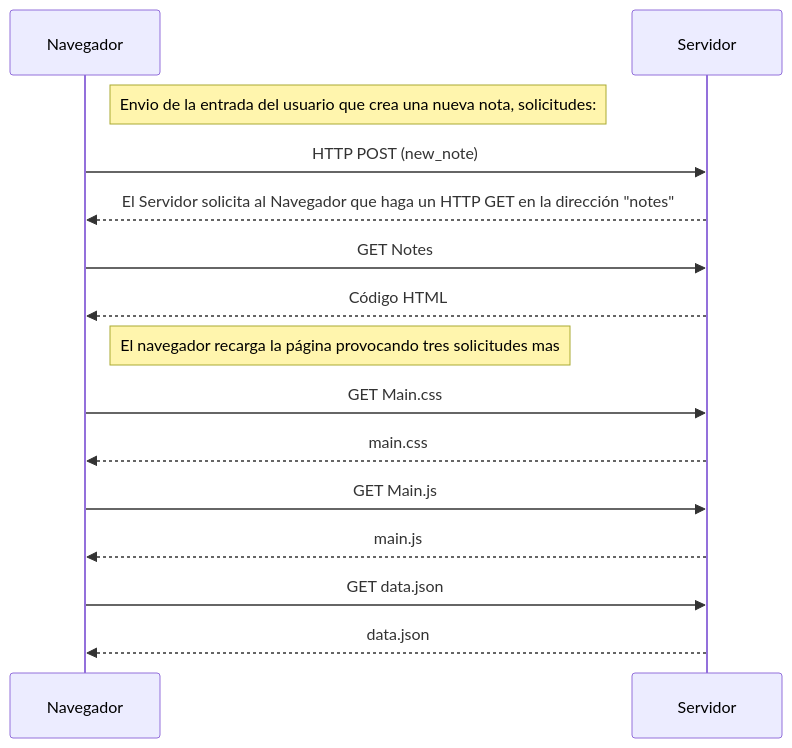
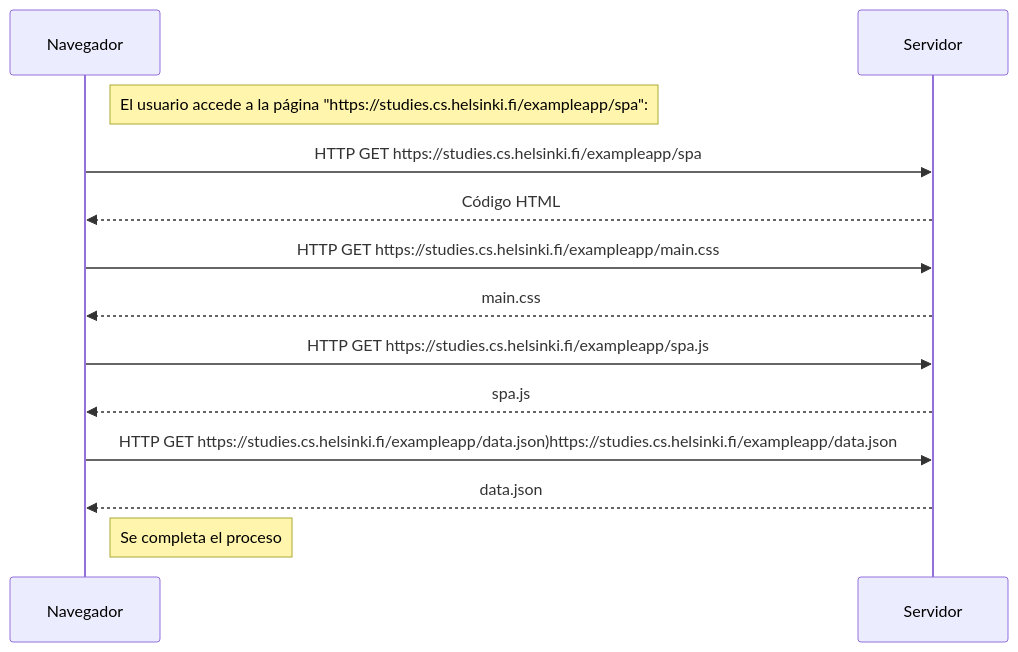
The diagram in Part-0/05-Diagrama-app-una-sola-pagina.md (estebanrcr/FullStackOpen), drawn with Mermaid before and after one commit.

````diff
--- a/Part-0/05-Diagrama-app-una-sola-pagina.md
+++ b/Part-0/05-Diagrama-app-una-sola-pagina.md
@@ -1,21 +1,18 @@
 ```mermaid
 sequenceDiagram
 Participant Navegador
 Participant Servidor
 
-Note right of Navegador: Envio de la entrada del usuario que crea una nueva nota, solicitudes:
-Navegador->>Servidor: HTTP POST (new_note)
-Servidor -->> Navegador: El Servidor solicita al Navegador que haga un HTTP GET en la dirección "notes"
-Navegador ->>  Servidor: GET Notes
+Note right of Navegador: El usuario accede a la página "https://studies.cs.helsinki.fi/exampleapp/spa":
+Navegador ->>  Servidor: HTTP GET https://studies.cs.helsinki.fi/exampleapp/spa
 Servidor -->> Navegador: Código HTML
+Navegador ->>  Servidor: HTTP GET https://studies.cs.helsinki.fi/exampleapp/main.css
+Servidor -->> Navegador: main.css
+Navegador ->>  Servidor:  HTTP GET https://studies.cs.helsinki.fi/exampleapp/spa.js
+Servidor -->> Navegador: spa.js
+Navegador ->>  Servidor: HTTP GET https://studies.cs.helsinki.fi/exampleapp/data.json)https://studies.cs.helsinki.fi/exampleapp/data.json
+Servidor -->> Navegador: data.json
 
+Note right of Navegador: Se completa el proceso
 
-Note right of Navegador: El  navegador recarga la página provocando tres solicitudes mas
-
-Navegador ->>  Servidor: GET Main.css
-Servidor -->> Navegador: main.css
-Navegador ->>  Servidor: GET Main.js
-Servidor -->> Navegador: main.js
-Navegador ->>  Servidor: GET data.json
-Servidor -->> Navegador: data.json
 ```
````
